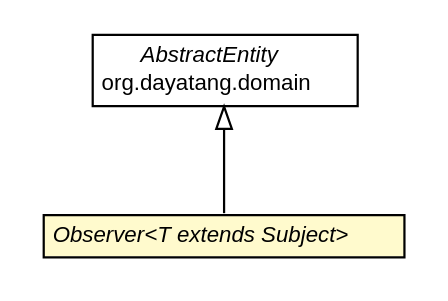
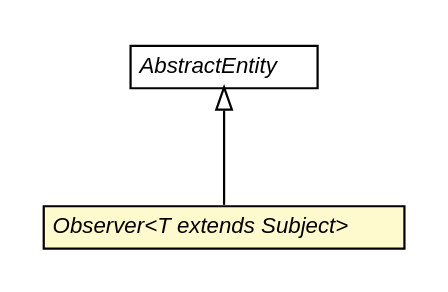
Before and after one commit to dayatang/dddlib: the diagram in dddlib-observer/apidocs/org/dayatang/observer/Observer.dot, drawn with Graphviz. The commit also changed 113 other files, not shown here.

```diff
--- a/dddlib-observer/apidocs/org/dayatang/observer/Observer.dot
+++ b/dddlib-observer/apidocs/org/dayatang/observer/Observer.dot
@@ -1,27 +1,26 @@
 #!/usr/local/bin/dot
 #
 # Class diagram 
 # Generated by UMLGraph version R5_6_6-8-g8d7759 (http://www.umlgraph.org/)
 #
 
 digraph G {
 	edge [fontname="Helvetica",fontsize=10,labelfontname="Helvetica",labelfontsize=10];
 	node [fontname="Helvetica",fontsize=10,shape=plaintext];
 	nodesep=0.25;
 	ranksep=0.5;
 	// org.dayatang.observer.Observer<T extends org.dayatang.observer.Subject>
-	c21 [label=<<table title="org.dayatang.observer.Observer" border="0" cellborder="1" cellspacing="0" cellpadding="2" port="p" bgcolor="lemonChiffon" href="./Observer.html">
+	c14 [label=<<table title="org.dayatang.observer.Observer" border="0" cellborder="1" cellspacing="0" cellpadding="2" port="p" bgcolor="lemonChiffon" href="./Observer.html">
 		<tr><td><table border="0" cellspacing="0" cellpadding="1">
 <tr><td align="center" balign="center"><font face="Helvetica-Oblique"> Observer&lt;T extends Subject&gt; </font></td></tr>
 		</table></td></tr>
 		</table>>, URL="./Observer.html", fontname="Helvetica", fontcolor="black", fontsize=10.0];
 	//org.dayatang.observer.Observer<T extends org.dayatang.observer.Subject> extends org.dayatang.domain.AbstractEntity
-	c23:p -> c21:p [dir=back,arrowtail=empty];
+	c16:p -> c14:p [dir=back,arrowtail=empty];
 	// org.dayatang.domain.AbstractEntity
-	c23 [label=<<table title="org.dayatang.domain.AbstractEntity" border="0" cellborder="1" cellspacing="0" cellpadding="2" port="p" href="http://java.sun.com/j2se/1.4.2/docs/api/org/dayatang/domain/AbstractEntity.html">
+	c16 [label=<<table title="org.dayatang.domain.AbstractEntity" border="0" cellborder="1" cellspacing="0" cellpadding="2" port="p">
 		<tr><td><table border="0" cellspacing="0" cellpadding="1">
 <tr><td align="center" balign="center"><font face="Helvetica-Oblique"> AbstractEntity </font></td></tr>
-<tr><td align="center" balign="center"> org.dayatang.domain </td></tr>
 		</table></td></tr>
-		</table>>, URL="http://java.sun.com/j2se/1.4.2/docs/api/org/dayatang/domain/AbstractEntity.html", fontname="Helvetica", fontcolor="black", fontsize=10.0];
+		</table>>, URL="null", fontname="Helvetica", fontcolor="black", fontsize=10.0];
 }
```
